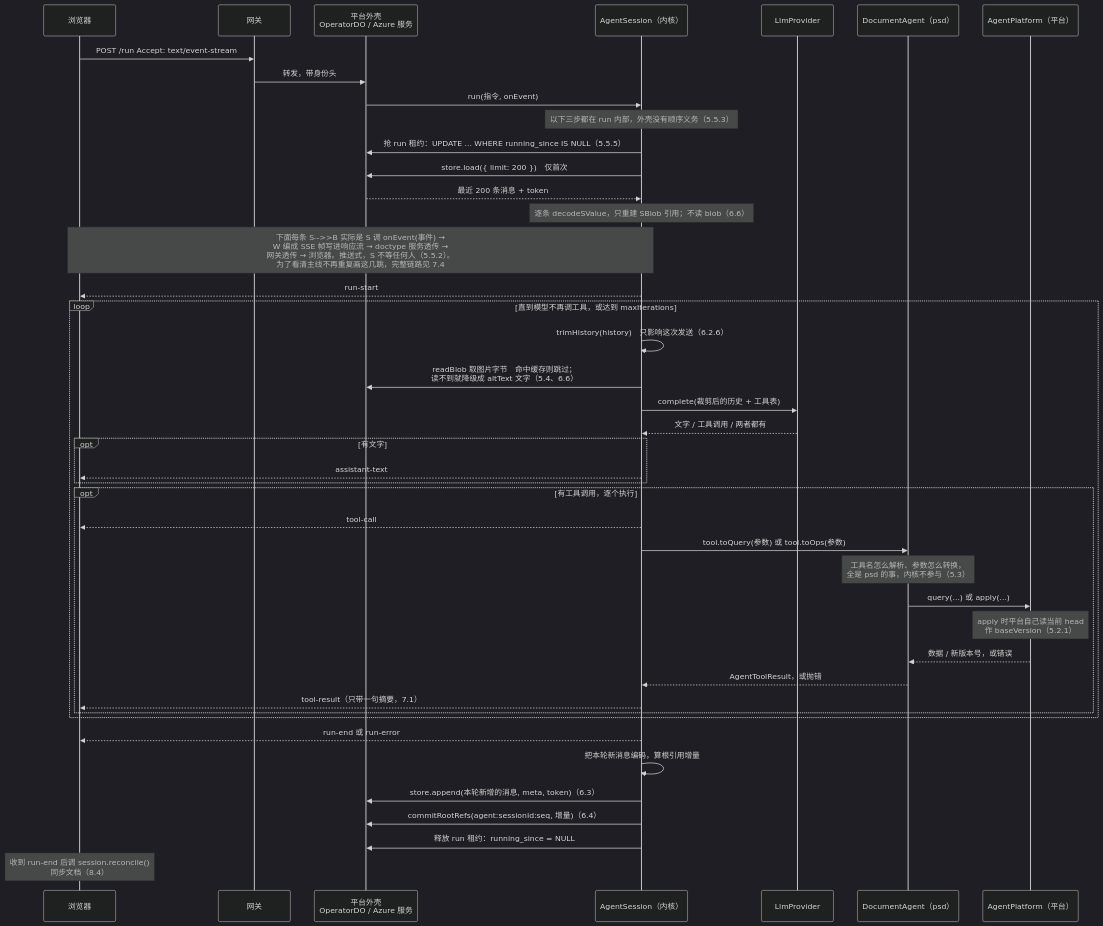
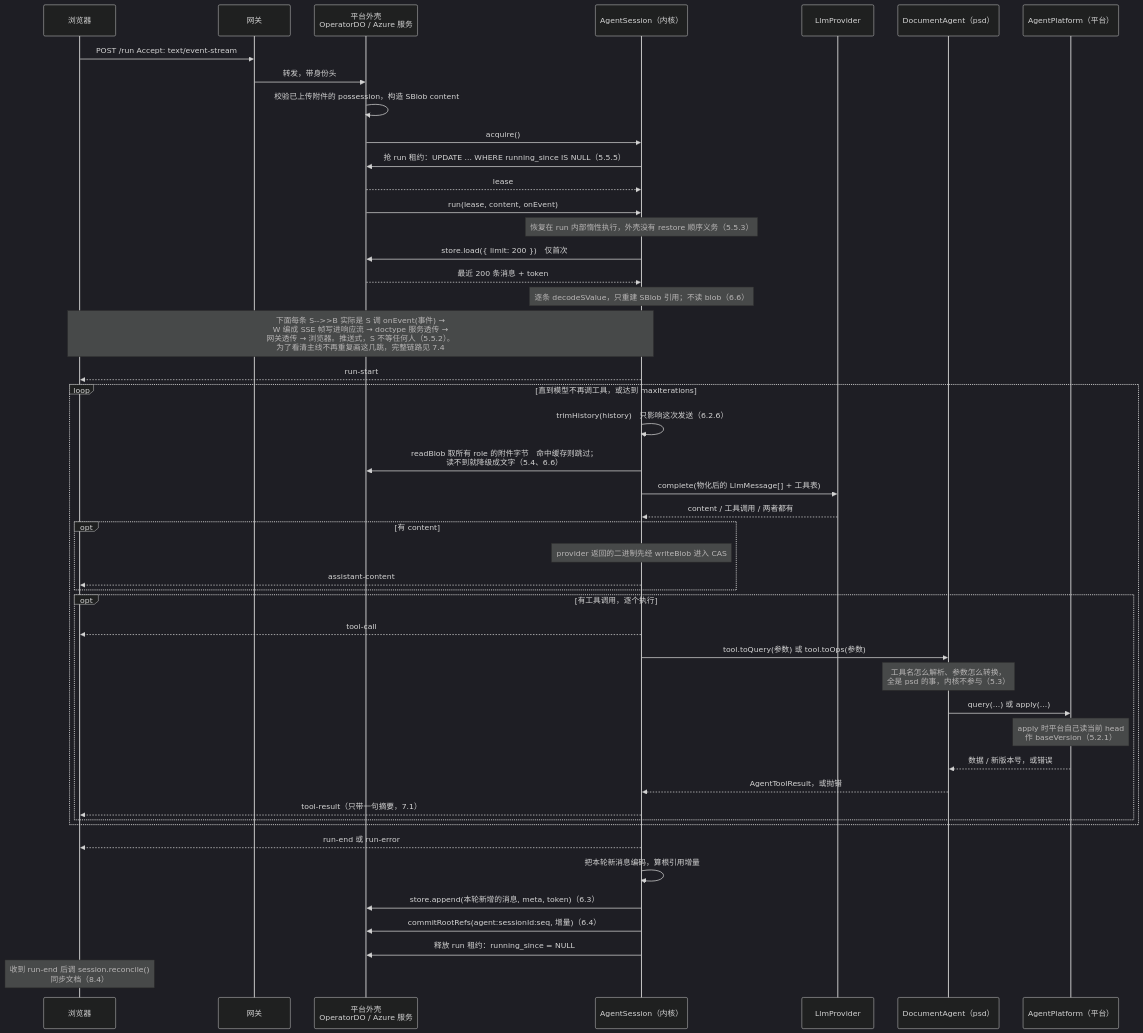
Diagram 14 of 18 in docs/superpowers/specs/2026-08-26-agent-sdk-design.md (shazhou-ww/unidocs), drawn with Mermaid (dark theme) before and after one commit. The commit also changed other lines of this file, not shown here.

First line of the commit message:
docs(agent-sdk): enhance multimodal message design

````diff
--- a/docs/superpowers/specs/2026-08-26-agent-sdk-design.md
+++ b/docs/superpowers/specs/2026-08-26-agent-sdk-design.md
@@ -1416,53 +1508,57 @@
 ```mermaid
 sequenceDiagram
     participant B as 浏览器
     participant G as 网关
     participant W as 平台外壳<br/>OperatorDO / Azure 服务
     participant S as AgentSession（内核）
     participant L as LlmProvider
     participant A as DocumentAgent（psd）
     participant C as AgentPlatform（平台）
 
     B->>G: POST /run  Accept: text/event-stream
     G->>W: 转发，带身份头
 
-    W->>S: run(指令, onEvent)
-    Note over S: 以下三步都在 run 内部，外壳没有顺序义务（5.5.3）
+    W->>W: 校验已上传附件的 possession，构造 SBlob content
+    W->>S: acquire()
     S->>W: 抢 run 租约：UPDATE ... WHERE running_since IS NULL（5.5.5）
+    W-->>S: lease
+    W->>S: run(lease, content, onEvent)
+    Note over S: 恢复在 run 内部惰性执行，外壳没有 restore 顺序义务（5.5.3）
     S->>W: store.load({ limit: 200 })　仅首次
     W-->>S: 最近 200 条消息 + token
     Note over S: 逐条 decodeSValue，只重建 SBlob 引用；不读 blob（6.6）
 
     Note over S,B: 下面每条 S-->>B 实际是 S 调 onEvent(事件) →<br/>W 编成 SSE 帧写进响应流 → doctype 服务透传 →<br/>网关透传 → 浏览器。推送式，S 不等任何人（5.5.2）。<br/>为了看清主线不再重复画这几跳，完整链路见 7.4
     S-->>B: run-start
 
     loop 直到模型不再调工具，或达到 maxIterations
         S->>S: trimHistory(history)　只影响这次发送（6.2.6）
-        S->>W: readBlob 取图片字节　命中缓存则跳过；<br/>读不到就降级成 altText 文字（5.4、6.6）
-        S->>L: complete(裁剪后的历史 + 工具表)
-        L-->>S: 文字 / 工具调用 / 两者都有
+        S->>W: readBlob 取所有 role 的附件字节　命中缓存则跳过；<br/>读不到就降级成文字（5.4、6.6）
+        S->>L: complete(物化后的 LlmMessage[] + 工具表)
+        L-->>S: content / 工具调用 / 两者都有
 
-        opt 有文字
-            S-->>B: assistant-text
+        opt 有 content
+          Note over S: provider 返回的二进制先经 writeBlob 进入 CAS
+          S-->>B: assistant-content
         end
 
         opt 有工具调用，逐个执行
             S-->>B: tool-call
             S->>A: tool.toQuery(参数) 或 tool.toOps(参数)
             Note over A: 工具名怎么解析、参数怎么转换，<br/>全是 psd 的事，内核不参与（5.3）
             A->>C: query(...) 或 apply(...)
             Note over C: apply 时平台自己读当前 head<br/>作 baseVersion（5.2.1）
             C-->>A: 数据 / 新版本号，或错误
             A-->>S: AgentToolResult，或抛错
             S-->>B: tool-result（只带一句摘要，7.1）
         end
     end
 
     S-->>B: run-end 或 run-error
 
     S->>S: 把本轮新消息编码，算根引用增量
     S->>W: store.append(本轮新增的消息, meta, token)（6.3）
     S->>W: commitRootRefs(agent:sessionId:seq, 增量)（6.4）
     S->>W: 释放 run 租约：running_since = NULL
     Note over B: 收到 run-end 后调 session.reconcile()<br/>同步文档（8.4）
 ```
````
